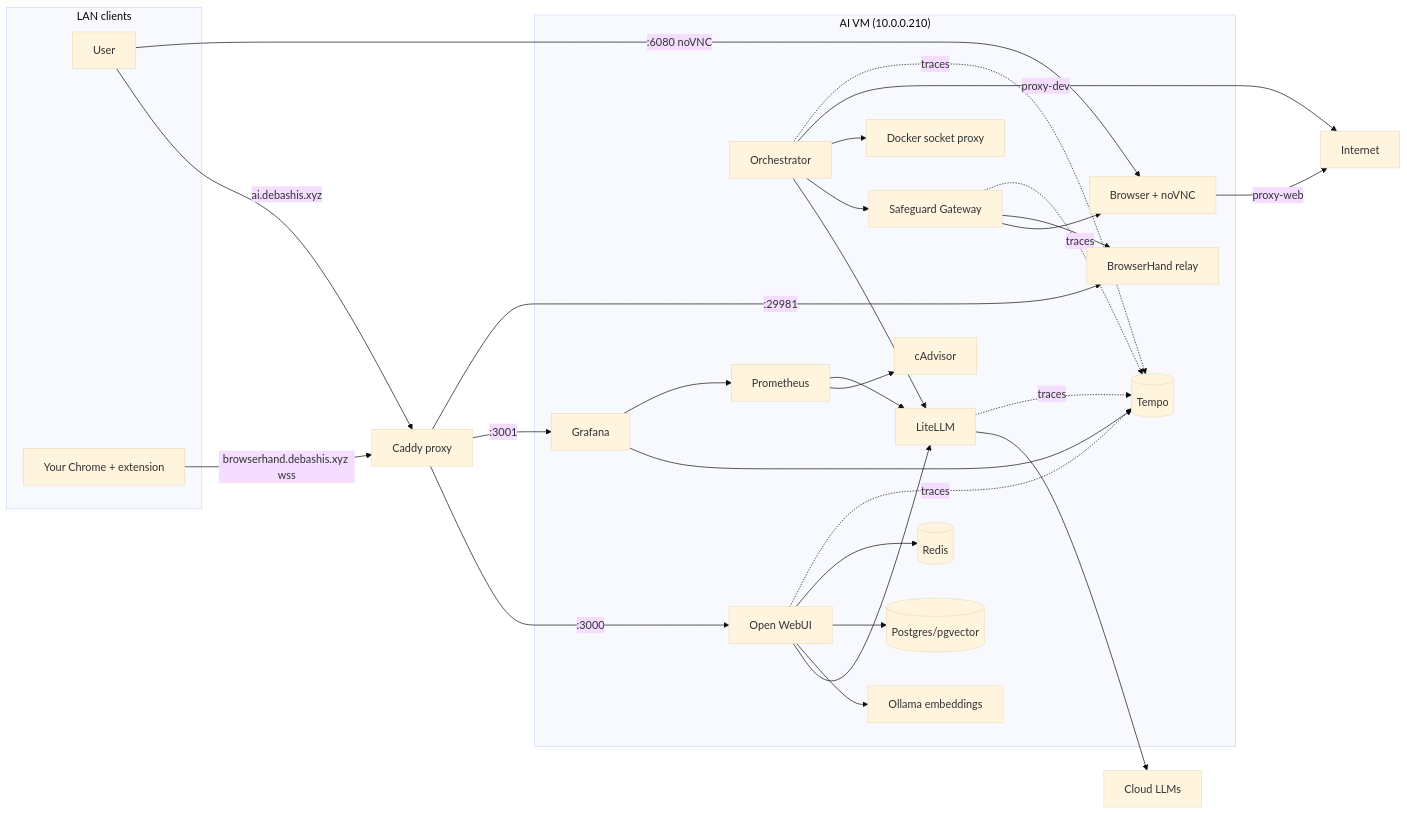
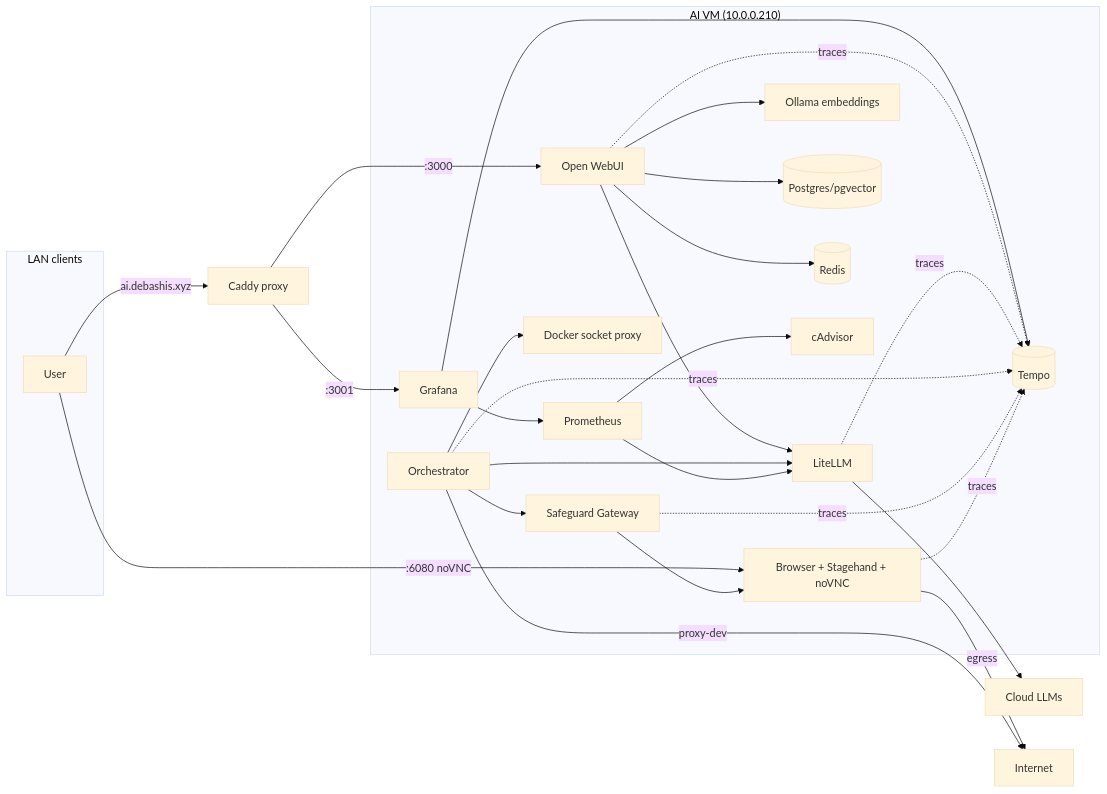
The diagram in README.md (d1p/secure-ai-research-agent), drawn with Mermaid (base theme) before and after one commit. The commit also changed other lines of this file and 18 other files, not shown here.

First line of the commit message:
feat: replace BrowserHand with Stagehand browser driver; add cost/traces dashboards

````diff
--- a/README.md
+++ b/README.md
@@ -30,57 +30,53 @@
 ```mermaid
 flowchart LR
     subgraph clients["LAN clients"]
         user[User]
-        ext[Your Chrome + extension]
     end
     caddy[Caddy proxy]
 
     subgraph vm["AI VM (10.0.0.210)"]
         webui[Open WebUI]
-        browser[Browser + noVNC]
-        bh[BrowserHand relay]
+        browser[Browser + Stagehand + noVNC]
         litellm[LiteLLM]
         ollama[Ollama embeddings]
         pg[(Postgres/pgvector)]
         redis[(Redis)]
         orchestrator[Orchestrator]
         gw[Safeguard Gateway]
         dsproxy[Docker socket proxy]
         grafana[Grafana]
         tempo[(Tempo)]
         prom[Prometheus]
         cadvisor[cAdvisor]
     end
 
     cloud[Cloud LLMs]
     internet[Internet]
 
     user -->|ai.debashis.xyz| caddy
-    ext -->|browserhand.debashis.xyz wss| caddy
     caddy -->|:3000| webui
     caddy -->|:3001| grafana
-    caddy -->|:29981| bh
     user -->|:6080 noVNC| browser
 
     webui --> litellm
     webui --> ollama
     webui --> pg
     webui --> redis
     orchestrator --> litellm
     orchestrator --> gw
     orchestrator --> dsproxy
     gw --> browser
-    gw --> bh
     litellm --> cloud
-    browser -->|proxy-web| internet
+    browser -->|egress| internet
     orchestrator -->|proxy-dev| internet
 
     grafana --> tempo
     grafana --> prom
     prom --> cadvisor
     prom --> litellm
     webui -.traces.-> tempo
     litellm -.traces.-> tempo
     orchestrator -.traces.-> tempo
     gw -.traces.-> tempo
+    browser -.traces.-> tempo
 ```
````
